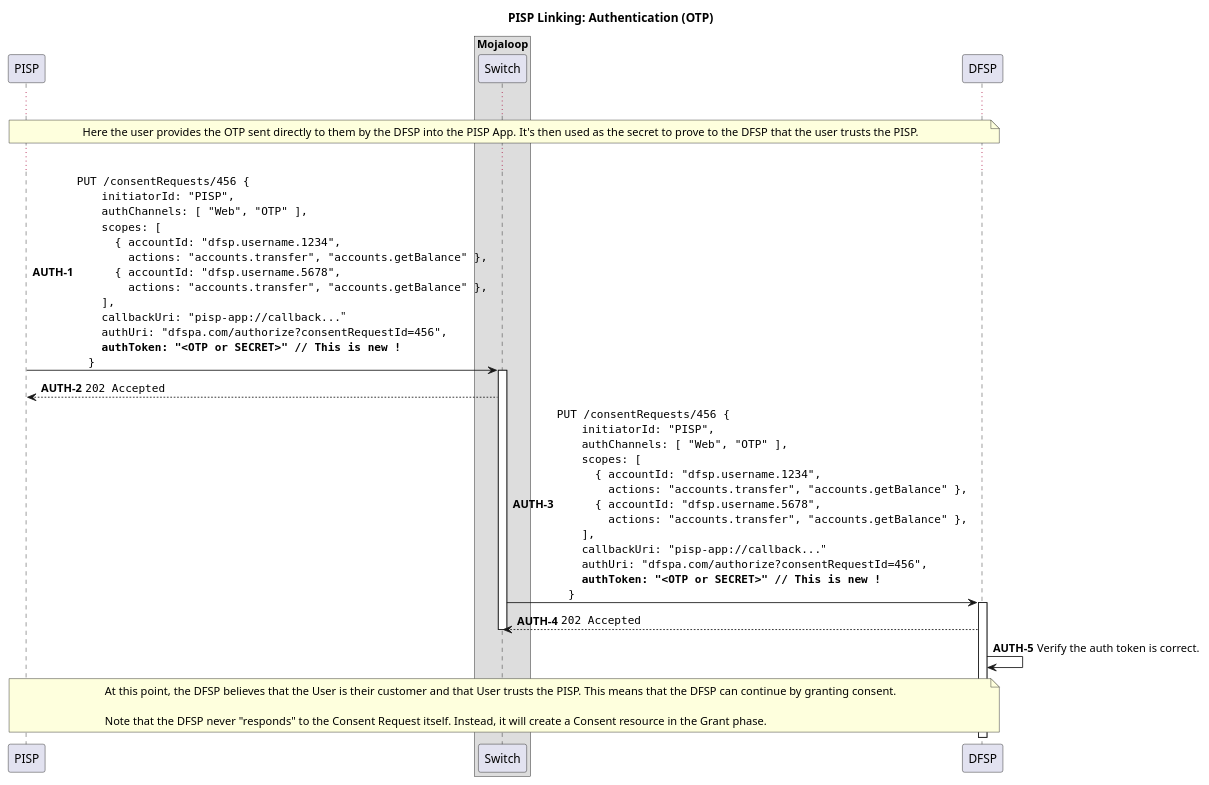
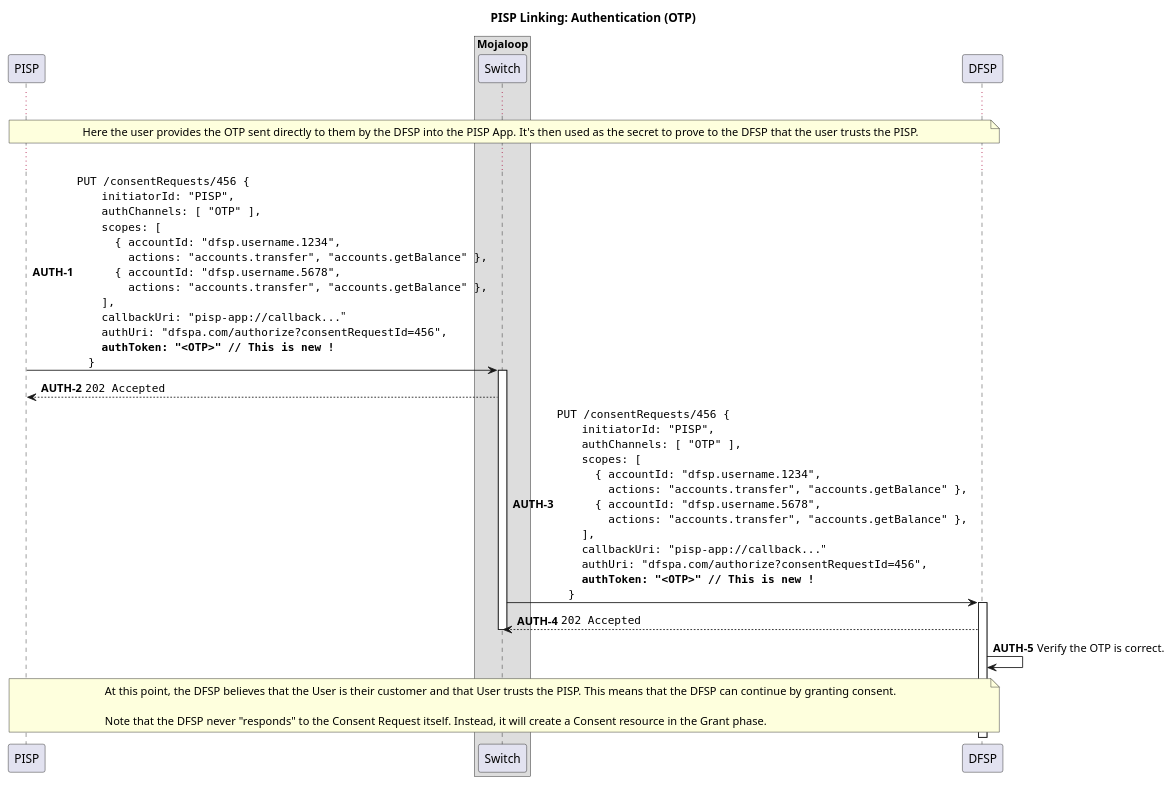
Before and after one commit to mojaloop/pisp-project: the diagram in docs/linking/3-authentication-otp.puml, drawn with PlantUML.

Commit message:
Updated 3-auth-otp with the correct auth channel

```diff
--- a/docs/linking/3-authentication-otp.puml
+++ b/docs/linking/3-authentication-otp.puml
@@ -1,63 +1,63 @@
 @startuml
 
 title PISP Linking: Authentication (OTP)
 
 participant "PISP" as PISP
 
 box "Mojaloop"
     participant Switch
 end box
 
 participant "DFSP" as DFSP
 
 autonumber 1 "<b>AUTH-#</b>"
 
 ...
 
 note over PISP, DFSP
   Here the user provides the OTP sent directly to them by the DFSP into the PISP App. It's then used as the secret to prove to the DFSP that the user trusts the PISP.
 end note
 
 ...
 
 PISP -> Switch ++: ""PUT /consentRequests/456 {""\n\
     ""  initiatorId: "PISP",""\n\
-    ""  authChannels: [ "Web", "OTP" ],""\n\
+    ""  authChannels: [ "OTP" ],""\n\
     ""  scopes: [ ""\n\
     ""    { accountId: "dfsp.username.1234",""\n\
     ""      actions: "accounts.transfer", "accounts.getBalance" },""\n\
     ""    { accountId: "dfsp.username.5678",""\n\
     ""      actions: "accounts.transfer", "accounts.getBalance" },""\n\
     ""  ],""\n\
     ""  callbackUri: "pisp-app://callback..."""\n\
     ""  authUri: "dfspa.com/authorize?consentRequestId=456",""\n\
-    ""  **authToken: "<OTP or SECRET>" // This is new !**""\n\
+    ""  **authToken: "<OTP>" // This is new !**""\n\
     ""}""
 Switch --> PISP: ""202 Accepted""
 deactivate PISP
 
 Switch -> DFSP ++: ""PUT /consentRequests/456 {""\n\
     ""  initiatorId: "PISP",""\n\
-    ""  authChannels: [ "Web", "OTP" ],""\n\
+    ""  authChannels: [ "OTP" ],""\n\
     ""  scopes: [ ""\n\
     ""    { accountId: "dfsp.username.1234",""\n\
     ""      actions: "accounts.transfer", "accounts.getBalance" },""\n\
     ""    { accountId: "dfsp.username.5678",""\n\
     ""      actions: "accounts.transfer", "accounts.getBalance" },""\n\
     ""  ],""\n\
     ""  callbackUri: "pisp-app://callback..."""\n\
     ""  authUri: "dfspa.com/authorize?consentRequestId=456",""\n\
-    ""  **authToken: "<OTP or SECRET>" // This is new !**""\n\
+    ""  **authToken: "<OTP>" // This is new !**""\n\
     ""}""
 DFSP --> Switch: ""202 Accepted""
 deactivate Switch
 
-DFSP -> DFSP: Verify the auth token is correct.
+DFSP -> DFSP: Verify the OTP is correct.
 
 note over PISP, DFSP
   At this point, the DFSP believes that the User is their customer and that User trusts the PISP. This means that the DFSP can continue by granting consent.
 
   Note that the DFSP never "responds" to the Consent Request itself. Instead, it will create a Consent resource in the Grant phase.
 end note
 
 @enduml
```
